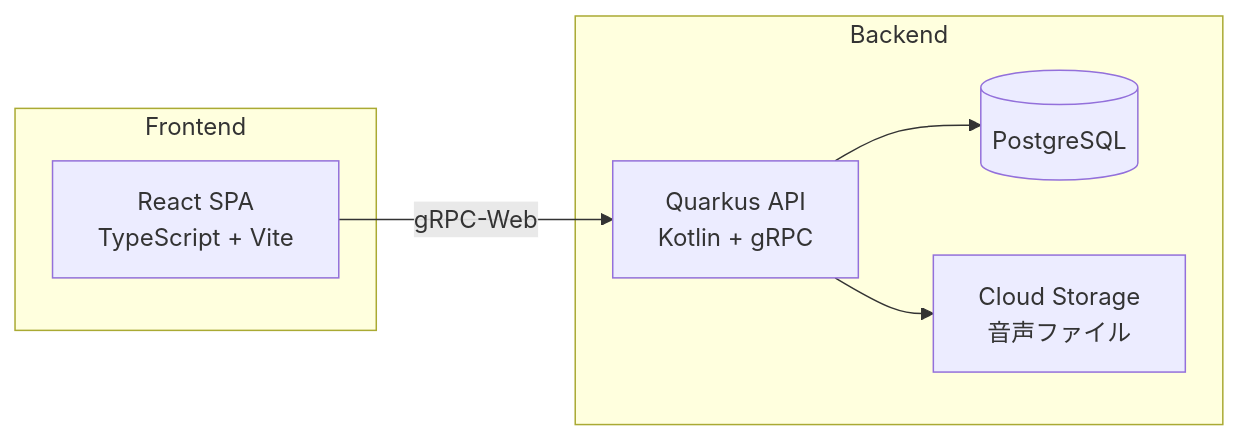
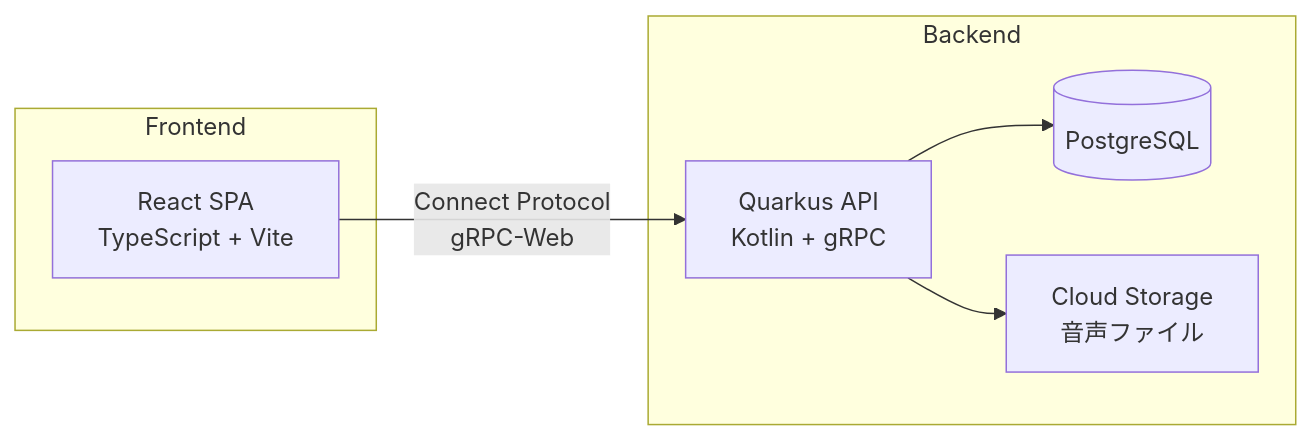
The first of 2 diagrams in README.md (akaitigo/podflow), drawn with Mermaid before and after one commit. The commit also changed other lines of this file and 7 other files, not shown here.

````diff
--- a/README.md
+++ b/README.md
@@ -30,16 +83,16 @@
 ```mermaid
 graph LR
     subgraph Frontend
         A[React SPA<br/>TypeScript + Vite]
     end
 
     subgraph Backend
         B[Quarkus API<br/>Kotlin + gRPC]
         C[(PostgreSQL)]
         D[Cloud Storage<br/>音声ファイル]
     end
 
-    A -->|gRPC-Web| B
+    A -->|Connect Protocol<br/>gRPC-Web| B
     B --> C
     B --> D
 ```
````
